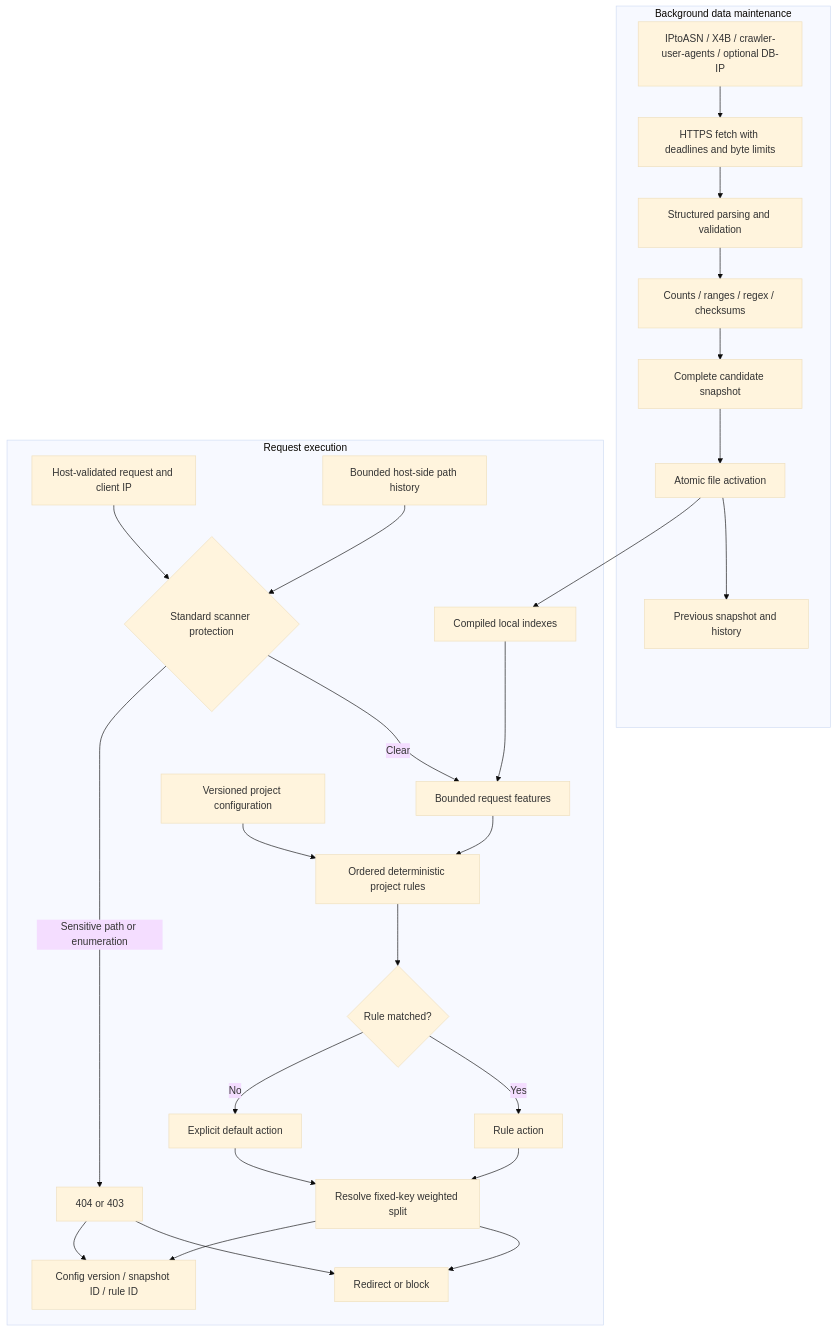
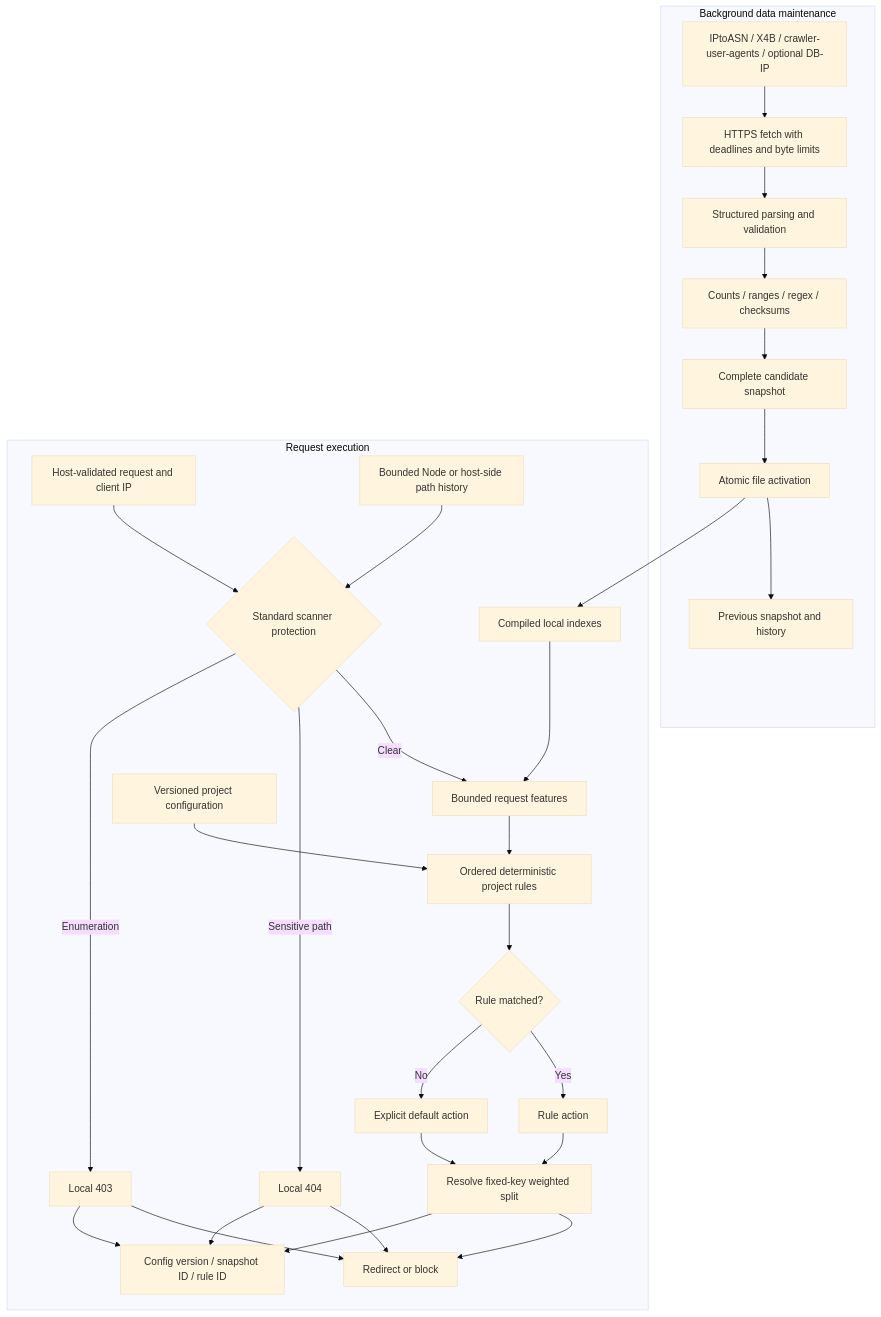
The diagram in docs/architecture.md (imphillip/radixing-traffic-engine), drawn with Mermaid (base theme) before and after one commit. The commit also changed other lines of this file and 7 other files, not shown here.

Commit message:
docs: explain TDS data lifecycle and deployment architecture

````diff
--- a/docs/architecture.md
+++ b/docs/architecture.md
@@ -5,30 +7,33 @@
 ```mermaid
 flowchart TB
   subgraph Offline[Background data maintenance]
     Feeds[IPtoASN / X4B / crawler-user-agents / optional DB-IP] --> Download[HTTPS fetch with deadlines and byte limits]
     Download --> Parse[Structured parsing and validation]
     Parse --> Check[Counts / ranges / regex / checksums]
     Check --> Candidate[Complete candidate snapshot]
     Candidate --> Activate[Atomic file activation]
     Activate --> Previous[Previous snapshot and history]
   end
   subgraph Online[Request execution]
     Ingress[Host-validated request and client IP] --> Guard{Standard scanner protection}
-    Tracker[Bounded host-side path history] --> Guard
+    Tracker[Bounded Node or host-side path history] --> Guard
     Guard -->|Clear| Enrich[Bounded request features]
-    Guard -->|Sensitive path or enumeration| Block[404 or 403]
+    Guard -->|Sensitive path| Probe[Local 404]
+    Guard -->|Enumeration| Enumeration[Local 403]
     Activate --> Index[Compiled local indexes]
     Index --> Enrich
     Enrich --> Policy[Ordered deterministic project rules]
     Config[Versioned project configuration] --> Policy
     Policy --> Matched{Rule matched?}
     Matched -->|Yes| Action[Rule action]
     Matched -->|No| Default[Explicit default action]
     Action --> Resolve[Resolve fixed-key weighted split]
     Default --> Resolve
     Resolve --> Execute[Redirect or block]
-    Block --> Execute
-    Block --> Evidence
+    Probe --> Execute
+    Enumeration --> Execute
+    Probe --> Evidence
+    Enumeration --> Evidence
     Resolve --> Evidence[Config version / snapshot ID / rule ID]
   end
 ```
````
